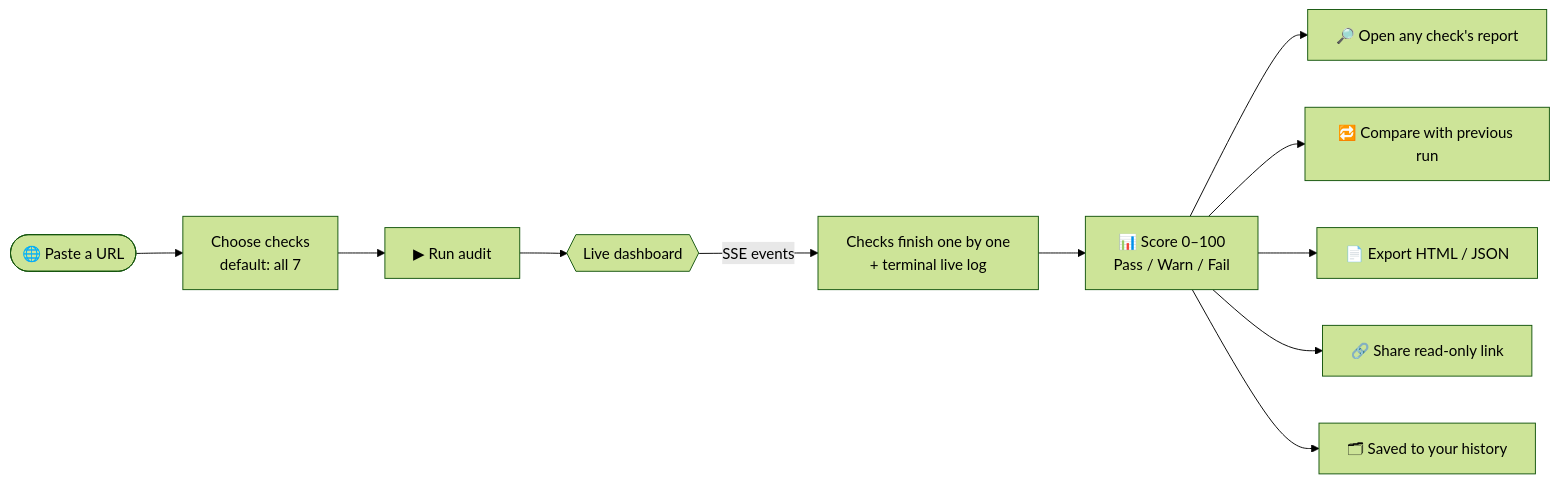
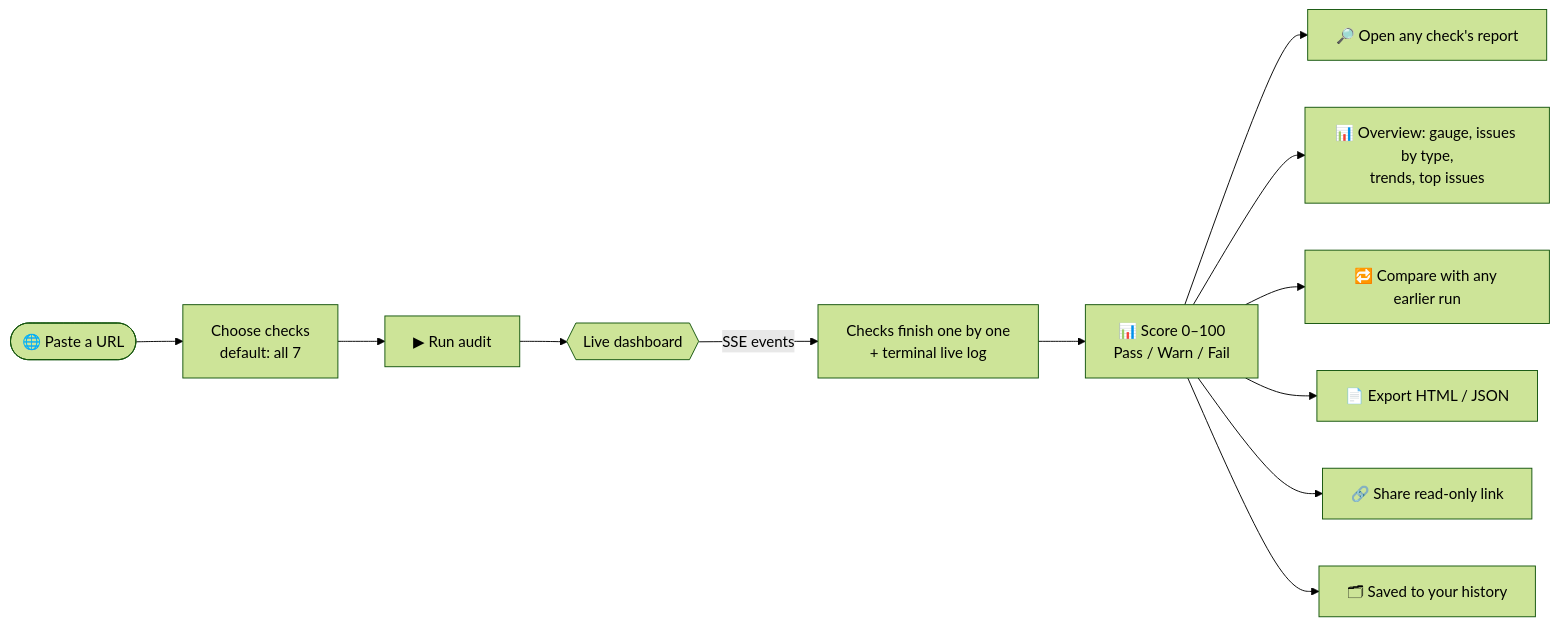
The first of 4 diagrams in README.md (Pubudugunawardhana/PulseQA-Automated-Web-Auditing), drawn with Mermaid (forest theme) before and after one commit. The commit also changed other lines of this file and 4 other files, not shown here.

````diff
--- a/README.md
+++ b/README.md
@@ -84,13 +90,14 @@
 ```mermaid
 flowchart LR
     A([🌐 Paste a URL]) --> B[Choose checks<br/>default: all 7]
     B --> C[▶ Run audit]
     C --> D{{Live dashboard}}
     D -->|SSE events| E[Checks finish one by one<br/>+ terminal live log]
     E --> F[📊 Score 0–100<br/>Pass / Warn / Fail]
     F --> G[🔎 Open any check's report]
-    F --> H[🔁 Compare with previous run]
+    F --> O[📊 Overview: gauge, issues by type,<br/>trends, top issues]
+    F --> H[🔁 Compare with any earlier run]
     F --> I[📄 Export HTML / JSON]
     F --> J[🔗 Share read-only link]
     F --> K[🗂 Saved to your history]
 ```
````
